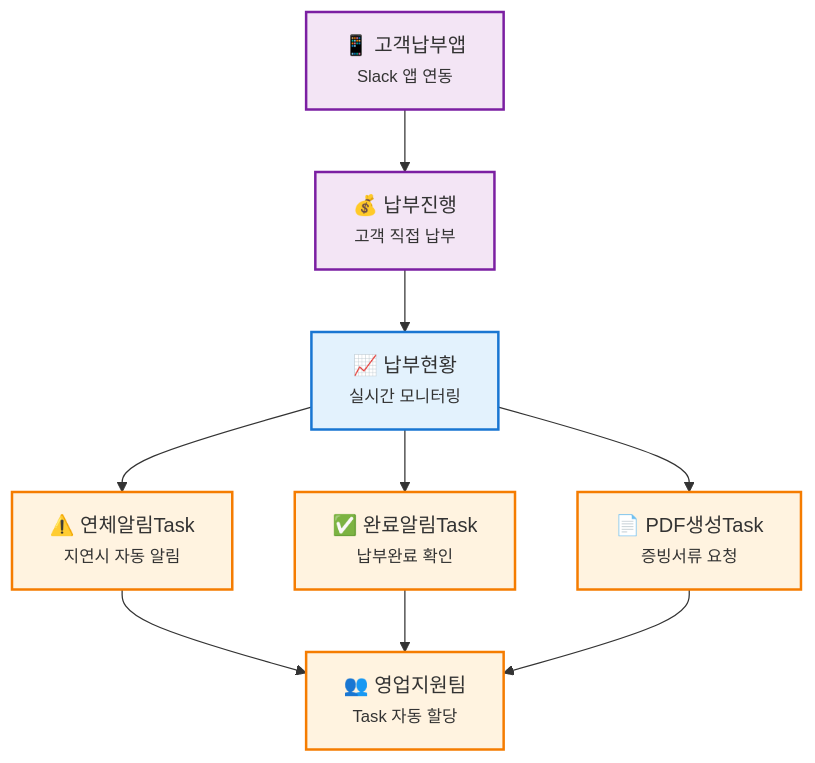
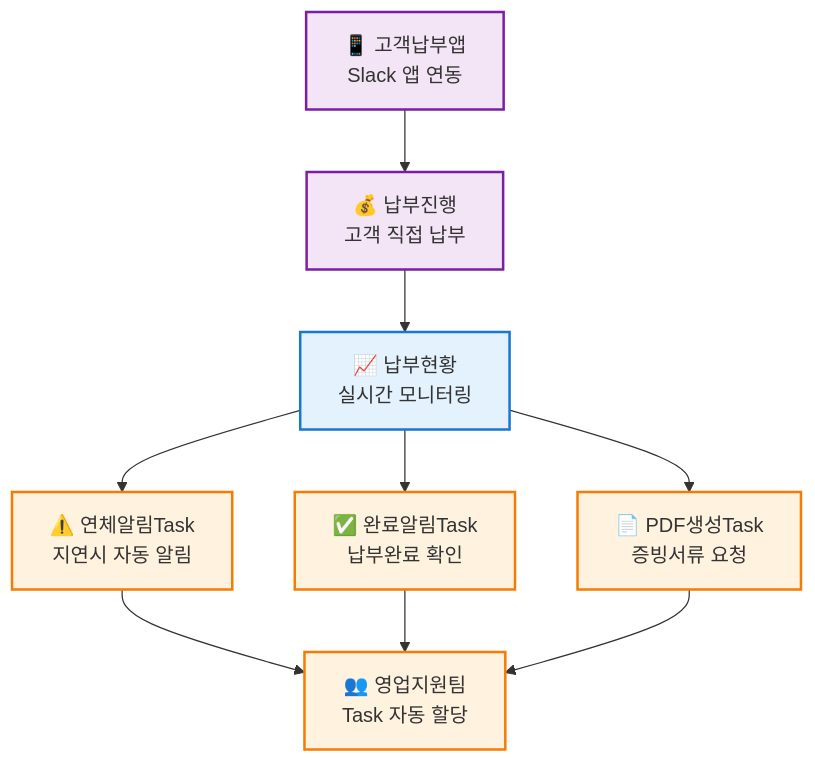
One commit to MoonJH-2/MainOrgProject changed the fourth of 6 diagrams in README.md. Above: the diagram before and after it, drawn with Mermaid. The commit also changed other lines of this file, not shown here.

First line of the commit message:
fix: Mermaid 플로우차트 텍스트 잘림 현상 완전 해결

````diff
--- a/README.md
+++ b/README.md
@@ -104,26 +104,26 @@
 ```mermaid
 flowchart TD
-    G["📱 고객납부앱<br><small>Slack 앱 연동</small>"] --> H["💰 납부진행 <br><small>고객 직접 납부 </small>"]
-    H --> I["📈 납부현황 <br><small>실시간 모니터링 </small>"]
+    G["📱 고객납부앱<br>Slack 앱 연동"] --> H["💰 납부진행<br>고객 직접 납부"]
+    H --> I["📈 납부현황<br>실시간 모니터링"]
     
-    I --> J["⚠️ 연체알림Task<br><small>지연시 자동 알림</small>"]
-    I --> K["✅ 완료알림Task<br><small>납부완료 확인</small>"]
-    I --> L["📄 PDF생성Task<br><small>증빙서류 요청</small>"]
+    I --> J["⚠️ 연체알림Task<br>지연시 자동 알림"]
+    I --> K["✅ 완료알림Task<br>납부완료 확인"]
+    I --> L["📄 PDF생성Task<br>증빙서류 요청"]
     
-    J --> M["👥 영업지원팀 <br><small>Task 자동 할당 </small>"]
+    J --> M["👥 영업지원팀<br>Task 자동 할당"]
     K --> M
     L --> M
     
     %% 스타일 정의
     G:::customer
     H:::customer
     I:::main
     J:::task
     K:::task
     L:::task
     M:::task
     
     classDef customer fill:#f3e5f5,stroke:#7b1fa2,stroke-width:2px
     classDef main fill:#e3f2fd,stroke:#1976d2,stroke-width:2px
     classDef task fill:#fff3e0,stroke:#f57c00,stroke-width:2px
 ```
````
